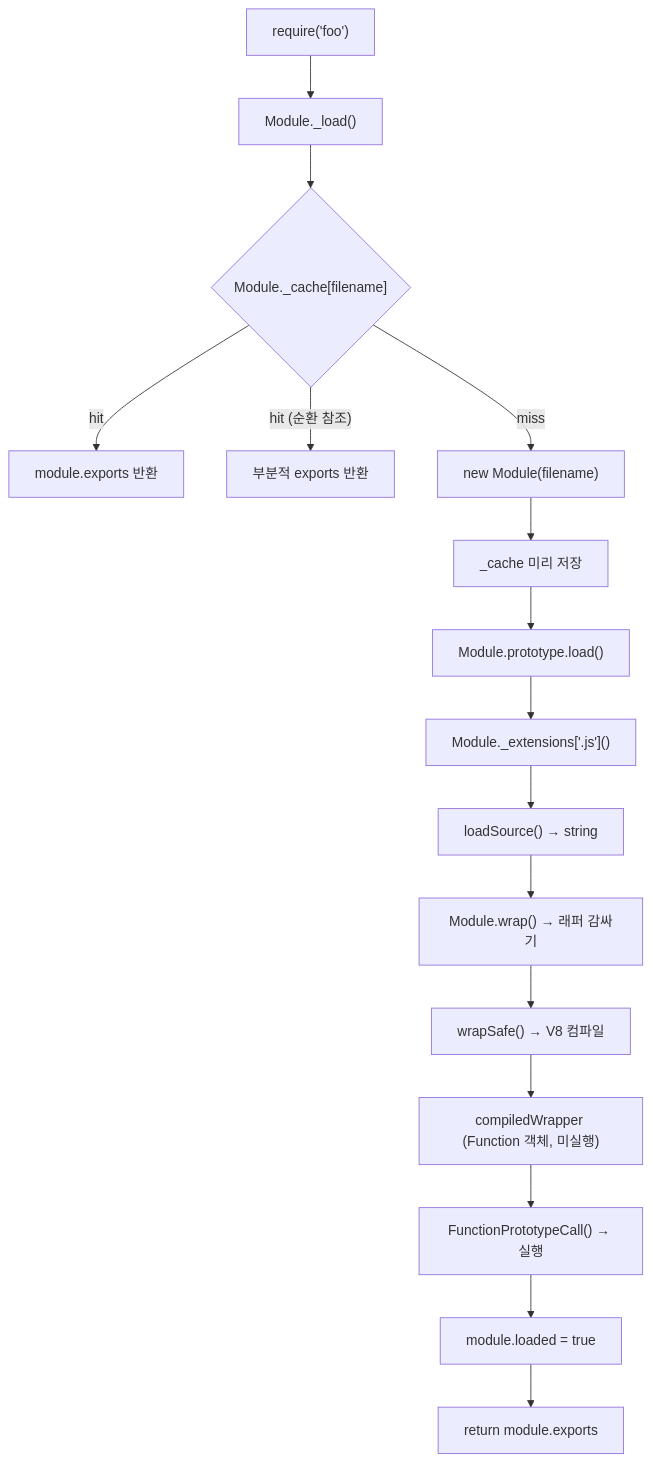
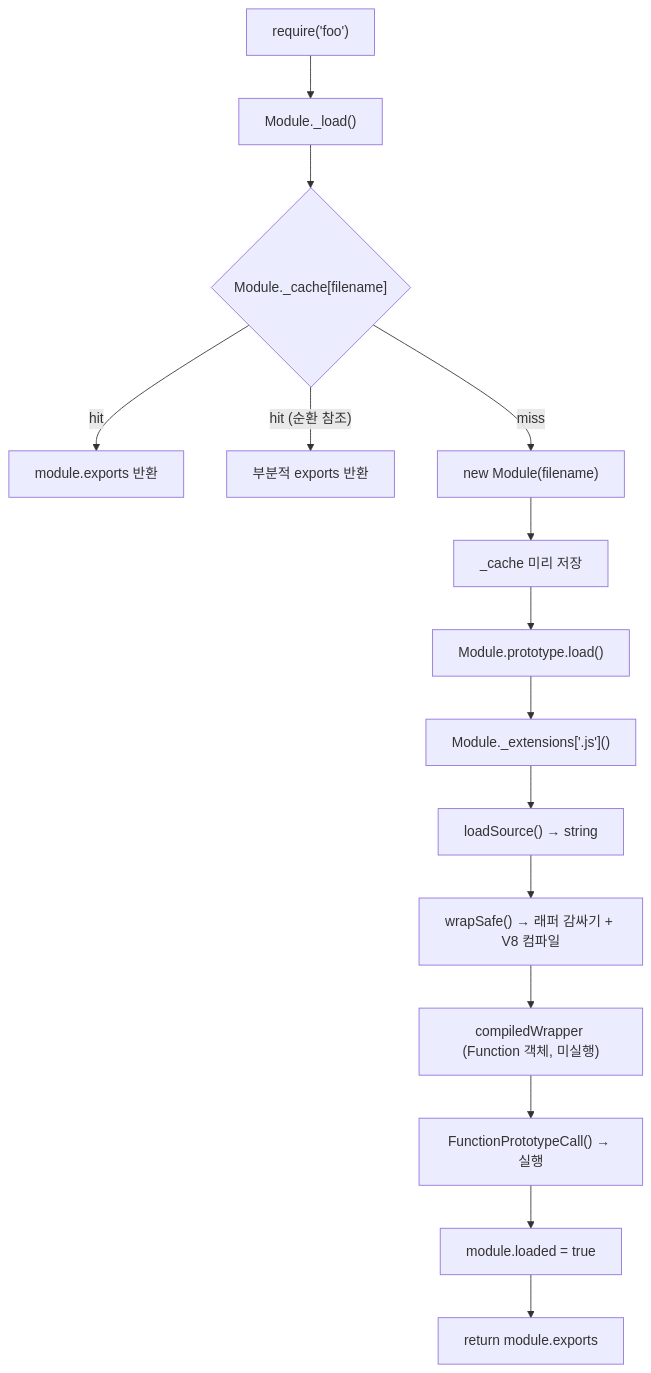
One commit to RookieAND/let-me-introduce changed the diagram in src/content/posts/cjs-module-evaluation-pipeline.md. Above: the diagram before and after it, drawn with Mermaid. The commit also changed other lines of this file and 1 other file, not shown here.

First line of the commit message:
fix: mermaid optimizeDeps 제외 및 cjs-module-evaluation-pipeline 포스트 개선

````diff
--- a/src/content/posts/cjs-module-evaluation-pipeline.md
+++ b/src/content/posts/cjs-module-evaluation-pipeline.md
@@ -19,20 +19,19 @@
 ```mermaid
 flowchart TD
     A["require('foo')"] --> B["Module._load()"]
     B --> C{"Module._cache[filename]"}
 
     C -->|"hit"| D["module.exports 반환"]
     C -->|"hit (순환 참조)"| E["부분적 exports 반환"]
     C -->|"miss"| F["new Module(filename)"]
 
     F --> G["_cache 미리 저장"]
     G --> H["Module.prototype.load()"]
     H --> I["Module._extensions['.js']()"]
     I --> J["loadSource() → string"]
-    J --> K["Module.wrap() → 래퍼 감싸기"]
-    K --> L["wrapSafe() → V8 컴파일"]
-    L --> M["compiledWrapper (Function 객체, 미실행)"]
-    M --> N["FunctionPrototypeCall() → 실행"]
-    N --> O["module.loaded = true"]
-    O --> P["return module.exports"]
+    J --> K["wrapSafe() → 래퍼 감싸기 + V8 컴파일"]
+    K --> L["compiledWrapper (Function 객체, 미실행)"]
+    L --> M["FunctionPrototypeCall() → 실행"]
+    M --> N["module.loaded = true"]
+    N --> O["return module.exports"]
 ```
````
